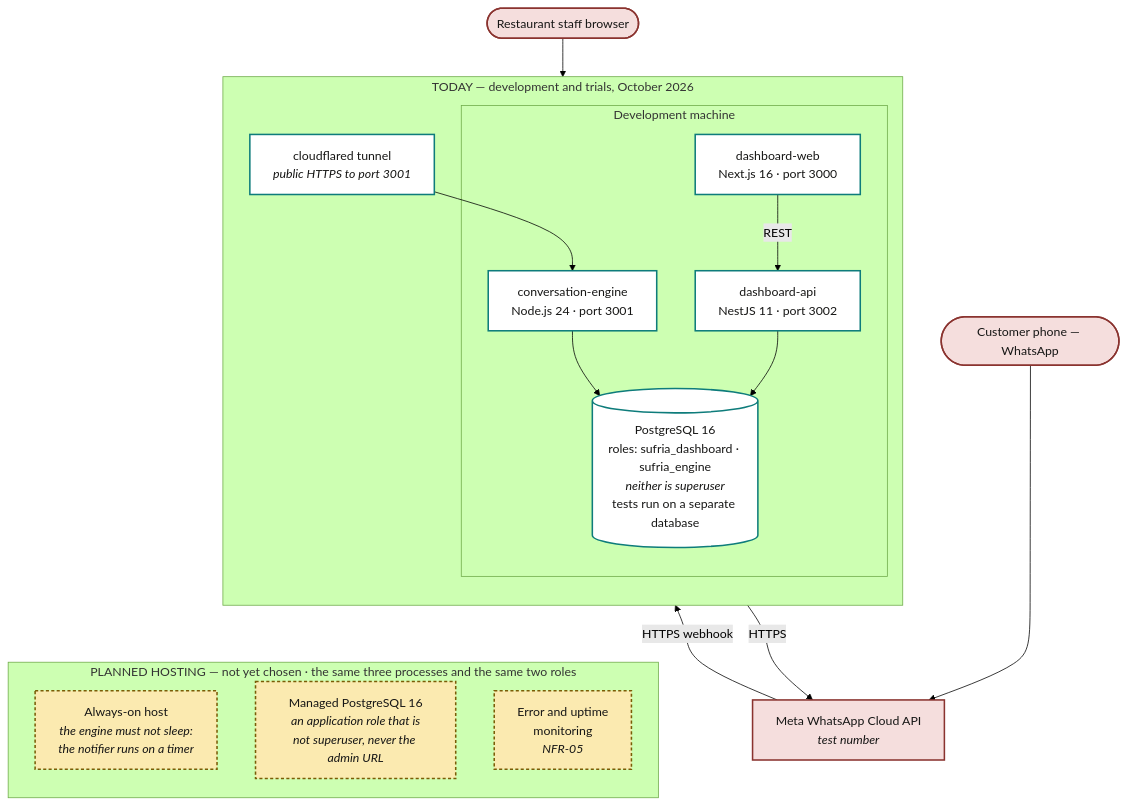
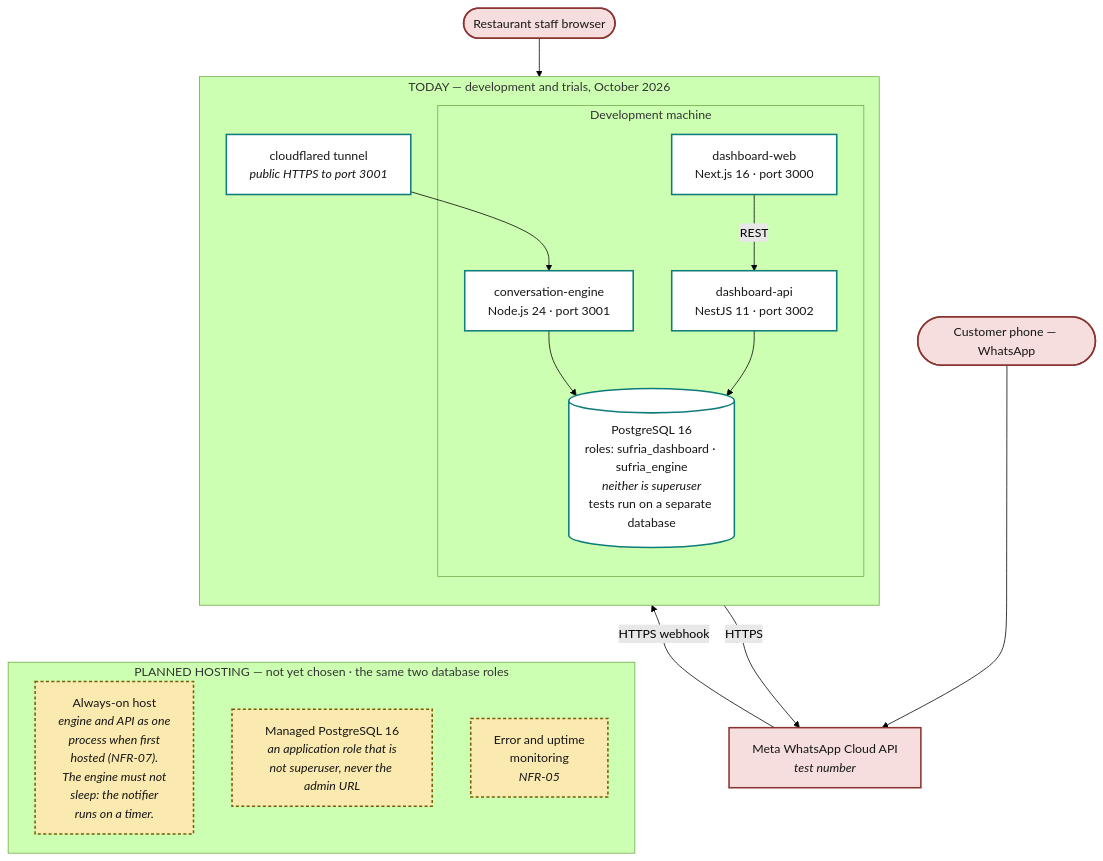
Before and after one commit to mozz-labs/sufria: the diagram in docs/diagrams/05-deployment.mmd, drawn with Mermaid (forest theme). The commit also changed 9 other files, not shown here.

First line of the commit message:
docs(wip): Chapter 3 v1.2 — build script, stories and four diagrams as built

```diff
--- a/docs/diagrams/05-deployment.mmd
+++ b/docs/diagrams/05-deployment.mmd
@@ -1,37 +1,37 @@
 flowchart TB
     classDef node fill:#E1EAEE,stroke:#35555F,stroke-width:2px,color:#161615
     classDef proc fill:#FFFFFF,stroke:#0E7C7B,color:#161615
     classDef ext fill:#F5DEDD,stroke:#8A332F,color:#161615
     classDef future fill:#FBEAB0,stroke:#7A5C06,stroke-dasharray:4 3,color:#161615
 
     subgraph NOW["TODAY — development and trials, October 2026"]
         direction TB
         subgraph N1["Development machine"]
             P1["conversation-engine<br/>Node.js 24 · port 3001"]:::proc
             P2["dashboard-api<br/>NestJS 11 · port 3002"]:::proc
             P3["dashboard-web<br/>Next.js 16 · port 3000"]:::proc
             P4[("PostgreSQL 16<br/>roles: sufria_dashboard · sufria_engine<br/><i>neither is superuser</i><br/>tests run on a separate database")]:::proc
         end
         TUN["cloudflared tunnel<br/><i>public HTTPS to port 3001</i>"]:::proc
     end
 
     PHONE(["Customer phone — WhatsApp"]):::ext
     META["Meta WhatsApp Cloud API<br/><i>test number</i>"]:::ext
     BROWSER(["Restaurant staff browser"]):::ext
 
     PHONE --> META
     META -->|"HTTPS webhook"| TUN --> P1
     P1 -->|"HTTPS"| META
     BROWSER --> P3
     P3 -->|"REST"| P2
     P1 --> P4
     P2 --> P4
 
-    subgraph LATER["PLANNED HOSTING — not yet chosen · the same three processes and the same two roles"]
-        F1["Always-on host<br/><i>the engine must not sleep:<br/>the notifier runs on a timer</i>"]:::future
+    subgraph LATER["PLANNED HOSTING — not yet chosen · the same two database roles"]
+        F1["Always-on host<br/><i>engine and API as one<br/>process when first<br/>hosted (NFR-07).<br/>The engine must not<br/>sleep: the notifier<br/>runs on a timer.</i>"]:::future
         F2["Managed PostgreSQL 16<br/><i>an application role that is<br/>not superuser, never the admin URL</i>"]:::future
         F3["Error and uptime<br/>monitoring<br/><i>NFR-05</i>"]:::future
     end
     P4 ~~~ F1
     P4 ~~~ F2
     P4 ~~~ F3
```
